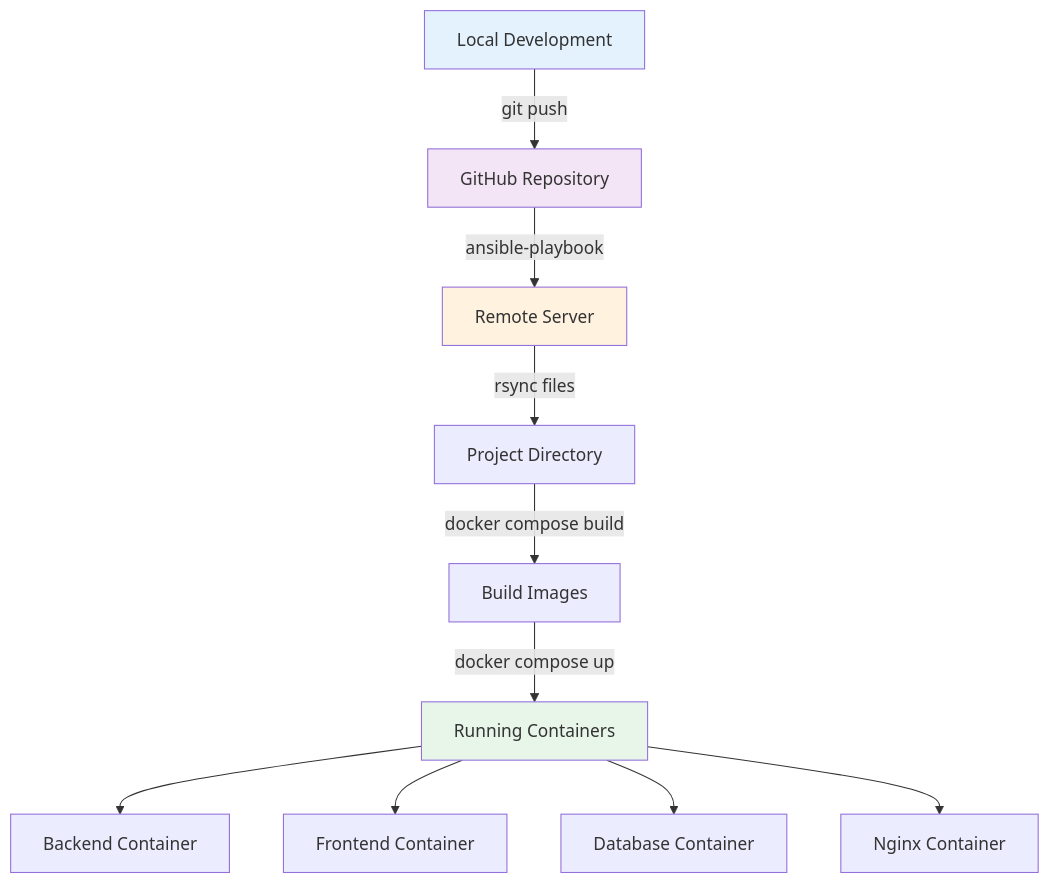
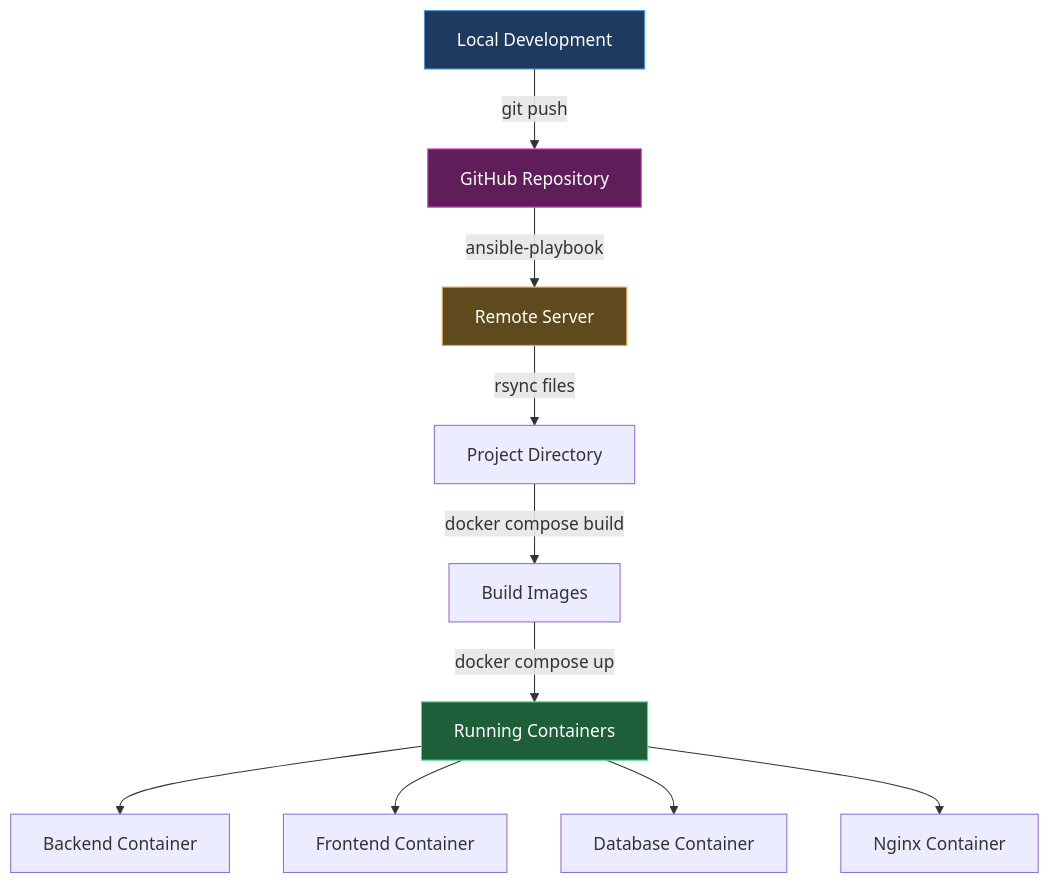
The fifth of 7 diagrams in README.md (FjeldMats/FinanceLog), drawn with Mermaid before and after one commit. The commit also changed other lines of this file, not shown here.

First line of the commit message:
UI: Fix Mermaid diagrams for dark mode readability

````diff
--- a/README.md
+++ b/README.md
@@ -183,18 +183,18 @@
 ```mermaid
 graph TD
     A[Local Development] -->|git push| B[GitHub Repository]
     B -->|ansible-playbook| C[Remote Server]
     C -->|rsync files| D[Project Directory]
     D -->|docker compose build| E[Build Images]
     E -->|docker compose up| F[Running Containers]
 
     F --> G[Backend Container]
     F --> H[Frontend Container]
     F --> I[Database Container]
     F --> J[Nginx Container]
 
-    style A fill:#e3f2fd
-    style B fill:#f3e5f5
-    style C fill:#fff3e0
-    style F fill:#e8f5e9
+    style A fill:#1e3a5f,stroke:#4a90e2,color:#fff
+    style B fill:#5f1e5a,stroke:#e24ad4,color:#fff
+    style C fill:#5f4a1e,stroke:#e2a84a,color:#fff
+    style F fill:#1e5f3a,stroke:#4ae28a,color:#fff
 ```
````
